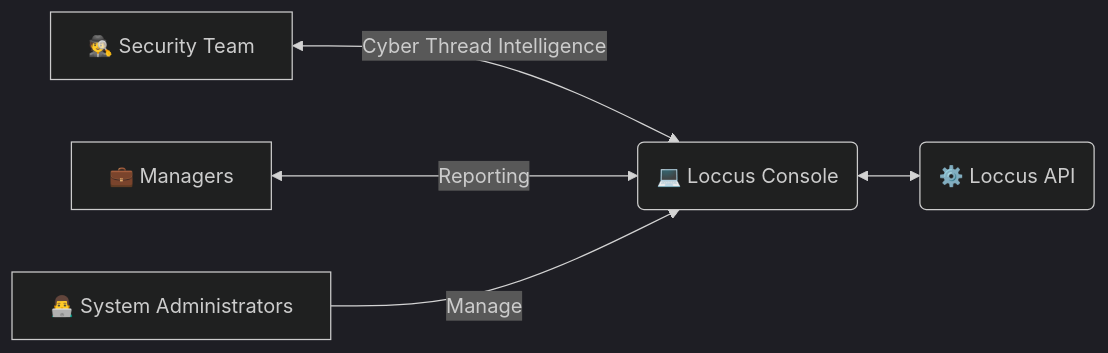
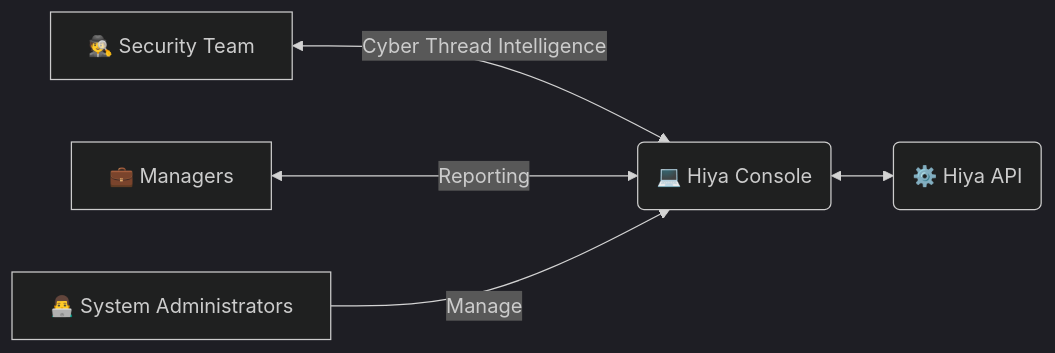
One commit to Victor-Hiya/docs changed the third of 3 diagrams in use-cases/identity/basic-identity-use-case.mdx. Above: the diagram before and after it, drawn with Mermaid (dark theme). The commit also changed other lines of this file and 19 other files, not shown here.

````diff
--- a/use-cases/identity/basic-identity-use-case.mdx
+++ b/use-cases/identity/basic-identity-use-case.mdx
@@ -117,7 +117,7 @@
 ```mermaid
 flowchart LR
-    A[🕵️ Security Team] <-->|Cyber Thread Intelligence| C(💻 Loccus Console)
+    A[🕵️ Security Team] <-->|Cyber Thread Intelligence| C(💻 Hiya Console)
     B[💼 Managers] <-->|Reporting| C
     E[👨‍💻 System Administrators] -->|Manage| C 
-    C <--> D(⚙️ Loccus API)
+    C <--> D(⚙️ Hiya API)
 ```
````
